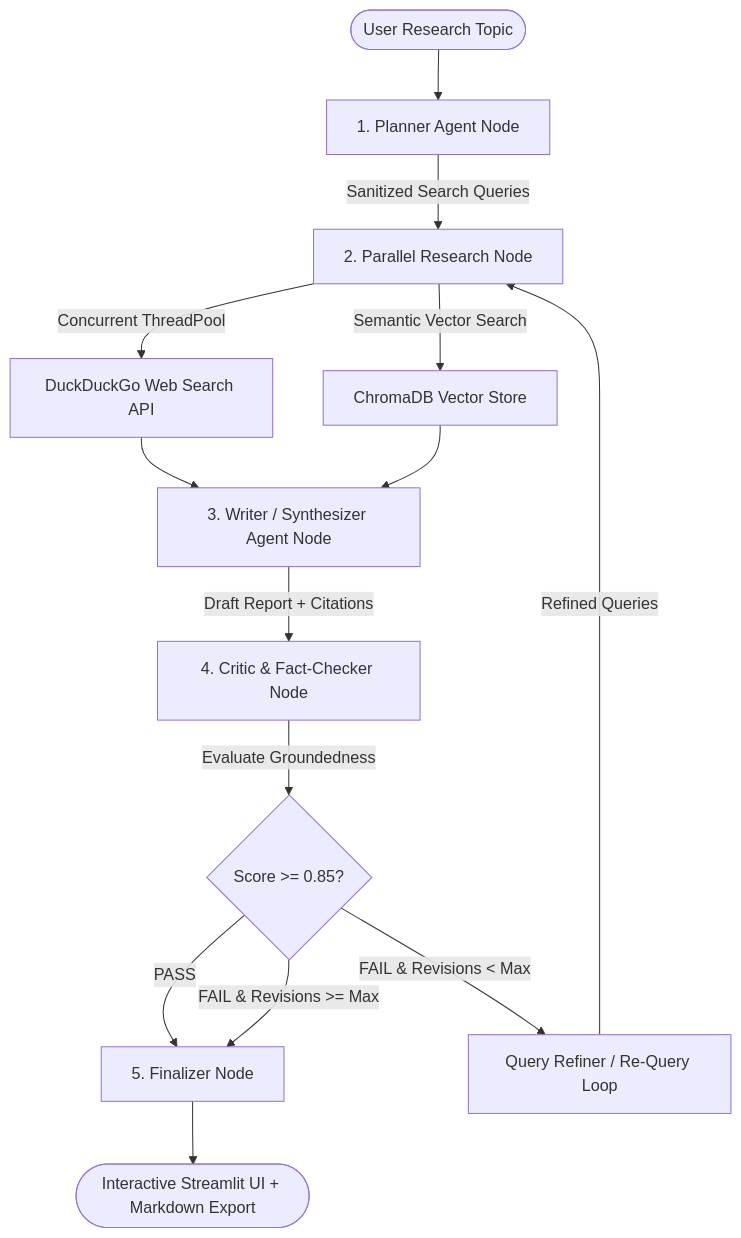
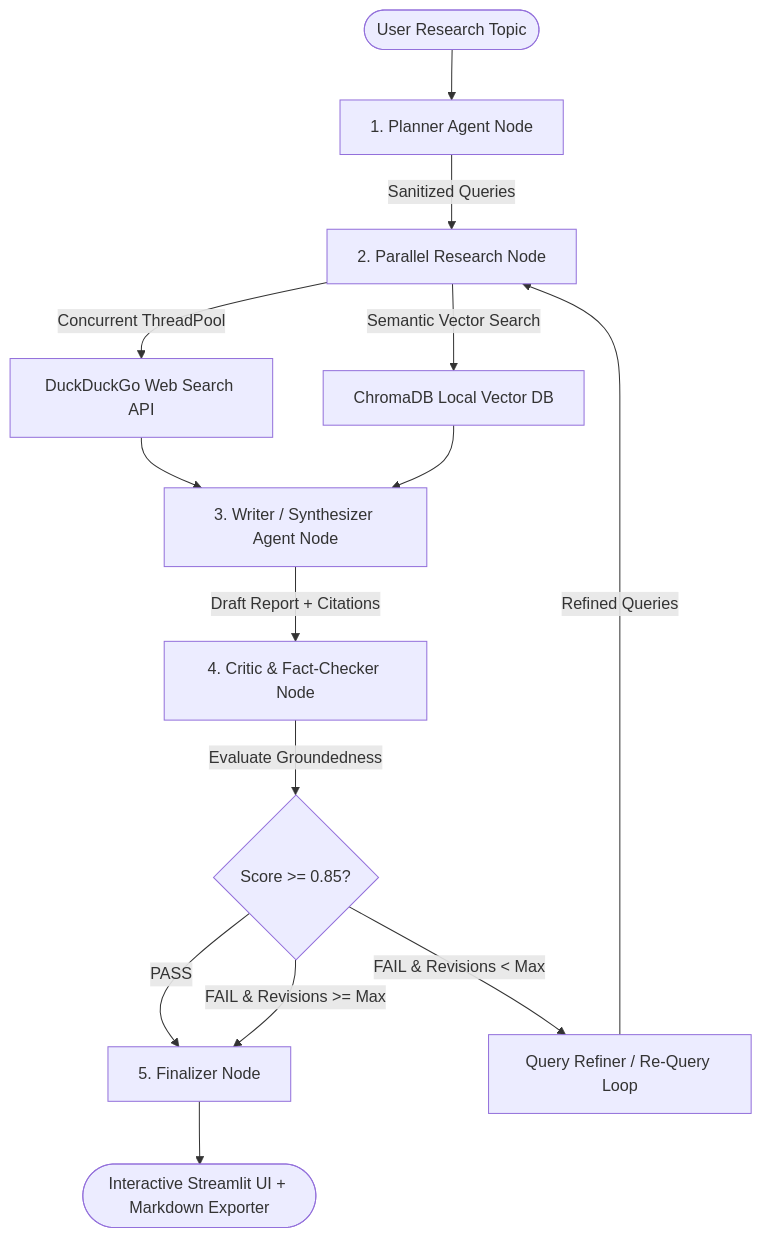
One commit to Dilshan118/Hands-On-RAG changed the first of 2 diagrams in README.md. Above: the diagram before and after it, drawn with Mermaid. The commit also changed other lines of this file, not shown here.

````diff
--- a/README.md
+++ b/README.md
@@ -42,22 +52,22 @@
 ```mermaid
 graph TD
     User([User Research Topic]) --> Planner[1. Planner Agent Node]
-    Planner -->|Sanitized Search Queries| Research[2. Parallel Research Node]
-    
+    Planner -->|Sanitized Queries| Research[2. Parallel Research Node]
+  
     Research -->|Concurrent ThreadPool| DDG[DuckDuckGo Web Search API]
-    Research -->|Semantic Vector Search| ChromaDB[ChromaDB Vector Store]
-    
+    Research -->|Semantic Vector Search| ChromaDB[ChromaDB Local Vector DB]
+  
     DDG --> Writer[3. Writer / Synthesizer Agent Node]
     ChromaDB --> Writer
-    
+  
     Writer -->|Draft Report + Citations| Critic[4. Critic & Fact-Checker Node]
-    
+  
     Critic -->|Evaluate Groundedness| Evaluator{Score >= 0.85?}
-    
+  
     Evaluator -->|PASS| Finalizer[5. Finalizer Node]
     Evaluator -->|FAIL & Revisions < Max| Refiner[Query Refiner / Re-Query Loop]
     Refiner -->|Refined Queries| Research
     Evaluator -->|FAIL & Revisions >= Max| Finalizer
-    
-    Finalizer --> Output([Interactive Streamlit UI + Markdown Export])
+  
+    Finalizer --> Output([Interactive Streamlit UI + Markdown Exporter])
 ```
````
